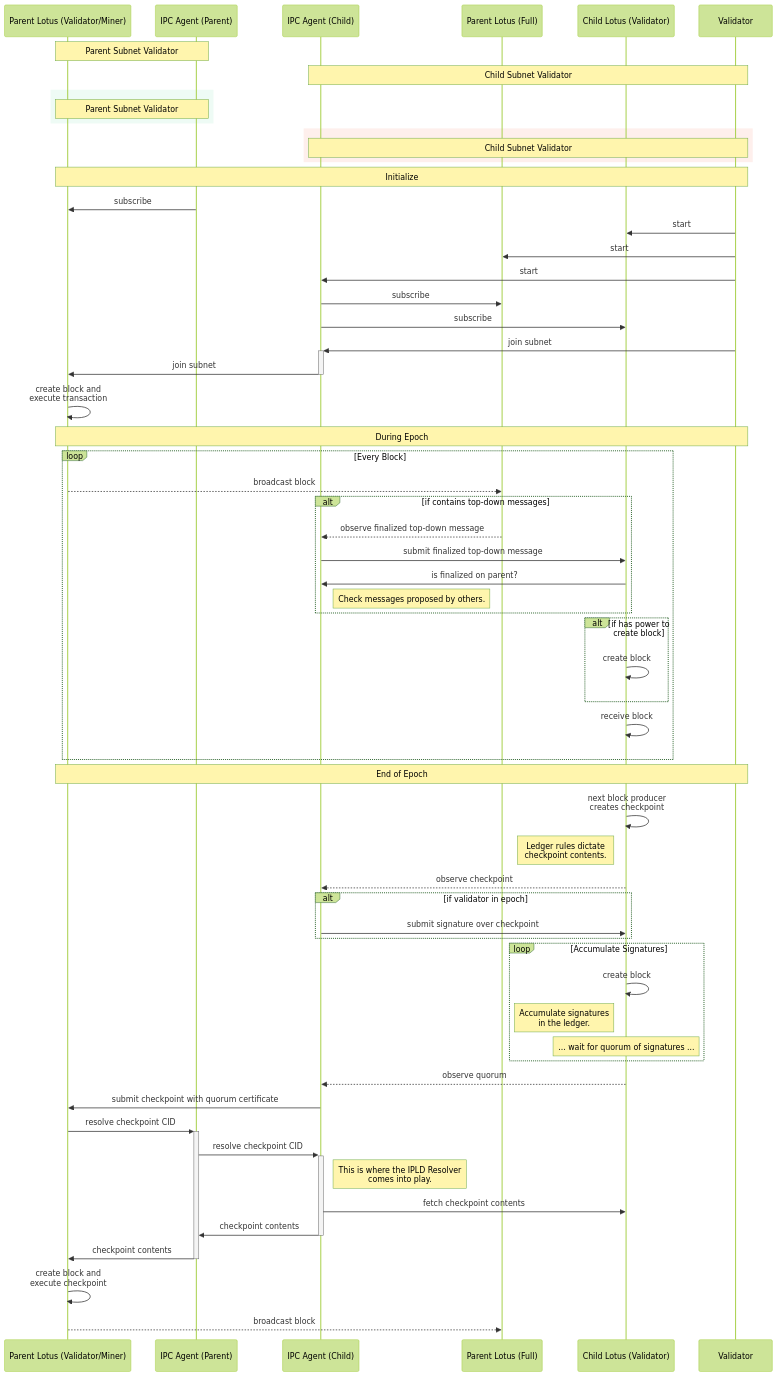
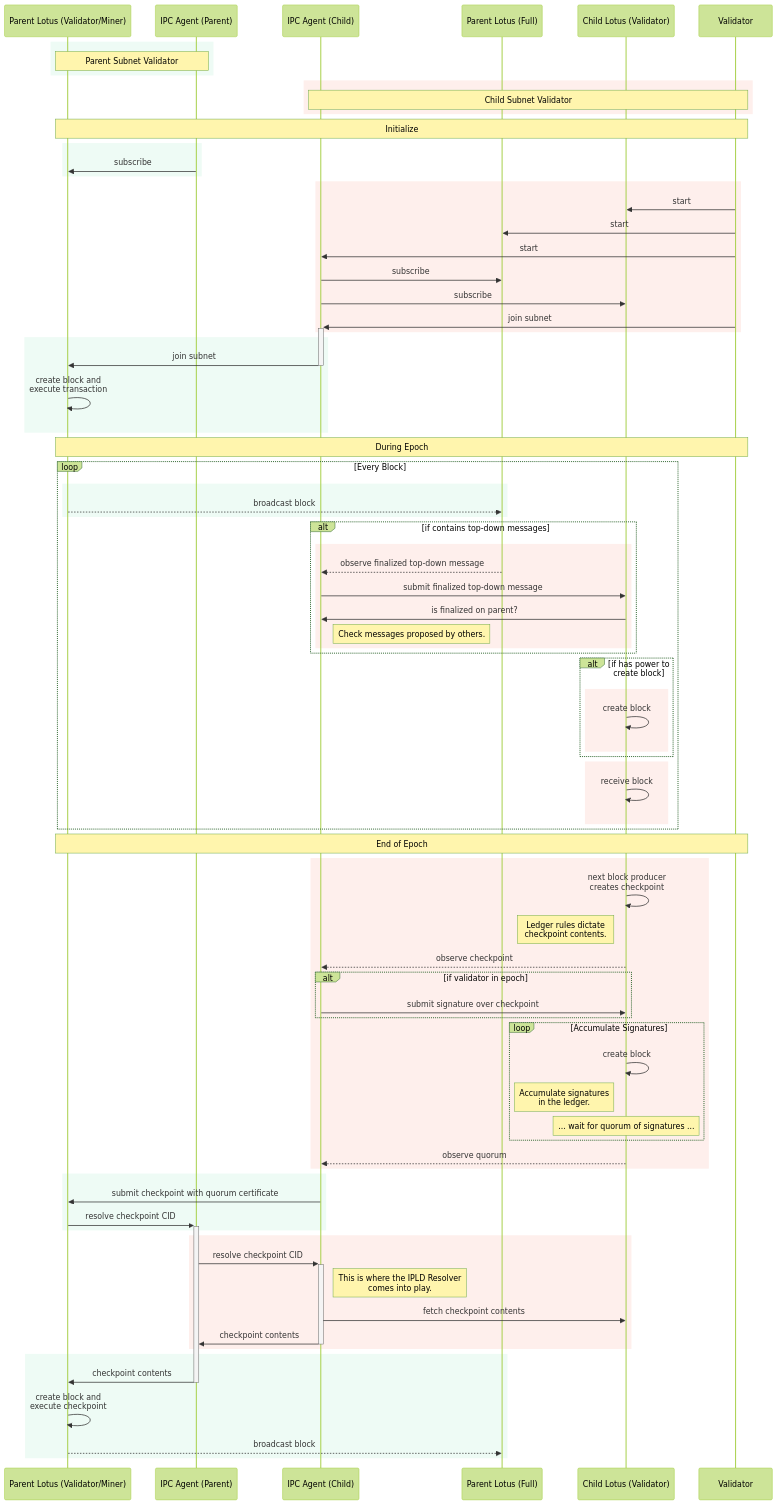
One commit to consensus-shipyard/ipc changed the diagram in ipld/resolver/docs/diagrams/checkpoint_submission.mmd. Above: the diagram before and after it, drawn with Mermaid (forest theme). The commit also changed 5 other files, not shown here.

Commit message:
Fixing diagram creation

```diff
--- a/ipld/resolver/docs/diagrams/checkpoint_submission.mmd
+++ b/ipld/resolver/docs/diagrams/checkpoint_submission.mmd
@@ -1,82 +1,101 @@
 sequenceDiagram
     participant ParentLotus as Parent Lotus (Validator/Miner)
     participant ParentAgent as IPC Agent (Parent)
     participant ChildAgent as IPC Agent (Child)
     participant FullLotus as Parent Lotus (Full)
     participant ChildLotus as Child Lotus (Validator)
     participant Validator as Validator
-
-    Note over ParentLotus, ParentAgent: Parent Subnet Validator
-    Note over ChildAgent, Validator: Child Subnet Validator
 
     rect rgb(238, 251, 245)
         Note over ParentLotus, ParentAgent: Parent Subnet Validator
     end
     rect rgb(254, 239, 236)
         Note over ChildAgent, Validator: Child Subnet Validator
     end
 
     %% Initialize
     Note over ParentLotus, Validator: Initialize
 
-    ParentAgent->>ParentLotus: subscribe
+    rect rgb(238, 251, 245)
+        ParentAgent->>ParentLotus: subscribe
+    end
 
-    Validator->>ChildLotus: start
-    Validator->>FullLotus: start
-    Validator->>ChildAgent: start
+    rect rgb(254, 239, 236)
+        Validator->>ChildLotus: start
+        Validator->>FullLotus: start
+        Validator->>ChildAgent: start
 
-    ChildAgent->>FullLotus: subscribe
-    ChildAgent->>ChildLotus: subscribe
+        ChildAgent->>FullLotus: subscribe
+        ChildAgent->>ChildLotus: subscribe
 
-    Validator->>+ChildAgent: join subnet
-    ChildAgent->>-ParentLotus: join subnet
-    ParentLotus->>ParentLotus: create block and<br/>execute transaction
+        Validator->>+ChildAgent: join subnet
+    end
+    rect rgb(238, 251, 245)
+        ChildAgent->>-ParentLotus: join subnet
+        ParentLotus->>ParentLotus: create block and<br/>execute transaction
+    end
 
     %% During Epoch
     Note over ParentLotus, Validator: During Epoch
 
     loop Every Block
-        ParentLotus-->>FullLotus: broadcast block
+        rect rgb(238, 251, 245)
+            ParentLotus-->>FullLotus: broadcast block
+        end
         alt if contains top-down messages
-            FullLotus-->>ChildAgent: observe finalized top-down message
-            ChildAgent->>ChildLotus: submit finalized top-down message
-            ChildLotus->>ChildAgent: is finalized on parent?
-            Note right of ChildAgent: Check messages proposed by others.
+            rect rgb(254, 239, 236)
+                FullLotus-->>ChildAgent: observe finalized top-down message
+                ChildAgent->>ChildLotus: submit finalized top-down message
+                ChildLotus->>ChildAgent: is finalized on parent?
+                Note right of ChildAgent: Check messages proposed by others.
+            end
         end
 
         alt if has power to create block
-            ChildLotus->>ChildLotus: create block
+            rect rgb(254, 239, 236)
+                ChildLotus->>ChildLotus: create block
+            end
         end
 
-        ChildLotus->>ChildLotus: receive block
+        rect rgb(254, 239, 236)
+            ChildLotus->>ChildLotus: receive block
+        end
     end
 
     %% End of Epoch
     Note over ParentLotus, Validator: End of Epoch
 
-    ChildLotus->>ChildLotus: next block producer<br/>creates checkpoint
-    Note left of ChildLotus: Ledger rules dictate<br/>checkpoint contents.
-    ChildLotus-->>ChildAgent: observe checkpoint
+    rect rgb(254, 239, 236)
+        ChildLotus->>ChildLotus: next block producer<br/>creates checkpoint
+        Note left of ChildLotus: Ledger rules dictate<br/>checkpoint contents.
+        ChildLotus-->>ChildAgent: observe checkpoint
 
-    alt if validator in epoch
-        ChildAgent->>ChildLotus: submit signature over checkpoint
+        alt if validator in epoch
+            ChildAgent->>ChildLotus: submit signature over checkpoint
+        end
+
+        loop Accumulate Signatures
+            ChildLotus->>ChildLotus: create block
+            Note left of ChildLotus: Accumulate signatures<br/>in the ledger.
+            Note over ChildLotus: ... wait for quorum of signatures ...
+        end
+
+        ChildLotus-->>ChildAgent: observe quorum
     end
+    rect rgb(238, 251, 245)
+        ChildAgent->>ParentLotus: submit checkpoint with quorum certificate
 
-    loop Accumulate Signatures
-        ChildLotus->>ChildLotus: create block
-        Note left of ChildLotus: Accumulate signatures<br/>in the ledger.
-        Note over ChildLotus: ... wait for quorum of signatures ...
+        ParentLotus->>+ParentAgent: resolve checkpoint CID
     end
+    rect rgb(254, 239, 236)
+        ParentAgent->>+ChildAgent: resolve checkpoint CID
+        Note right of ChildAgent: This is where the IPLD Resolver<br/>comes into play.
+        ChildAgent->>ChildLotus: fetch checkpoint contents
+        ChildAgent->>-ParentAgent: checkpoint contents
+    end
+    rect rgb(238, 251, 245)
+        ParentAgent->>-ParentLotus: checkpoint contents
 
-    ChildLotus-->>ChildAgent: observe quorum
-    ChildAgent->>ParentLotus: submit checkpoint with quorum certificate
-
-    ParentLotus->>+ParentAgent: resolve checkpoint CID
-    ParentAgent->>+ChildAgent: resolve checkpoint CID
-    Note right of ChildAgent: This is where the IPLD Resolver<br/>comes into play.
-    ChildAgent->>ChildLotus: fetch checkpoint contents
-    ChildAgent->>-ParentAgent: checkpoint contents
-    ParentAgent->>-ParentLotus: checkpoint contents
-
-    ParentLotus->>ParentLotus: create block and<br/>execute checkpoint
-    ParentLotus-->>FullLotus: broadcast block
+        ParentLotus->>ParentLotus: create block and<br/>execute checkpoint
+        ParentLotus-->>FullLotus: broadcast block
+    end
```
